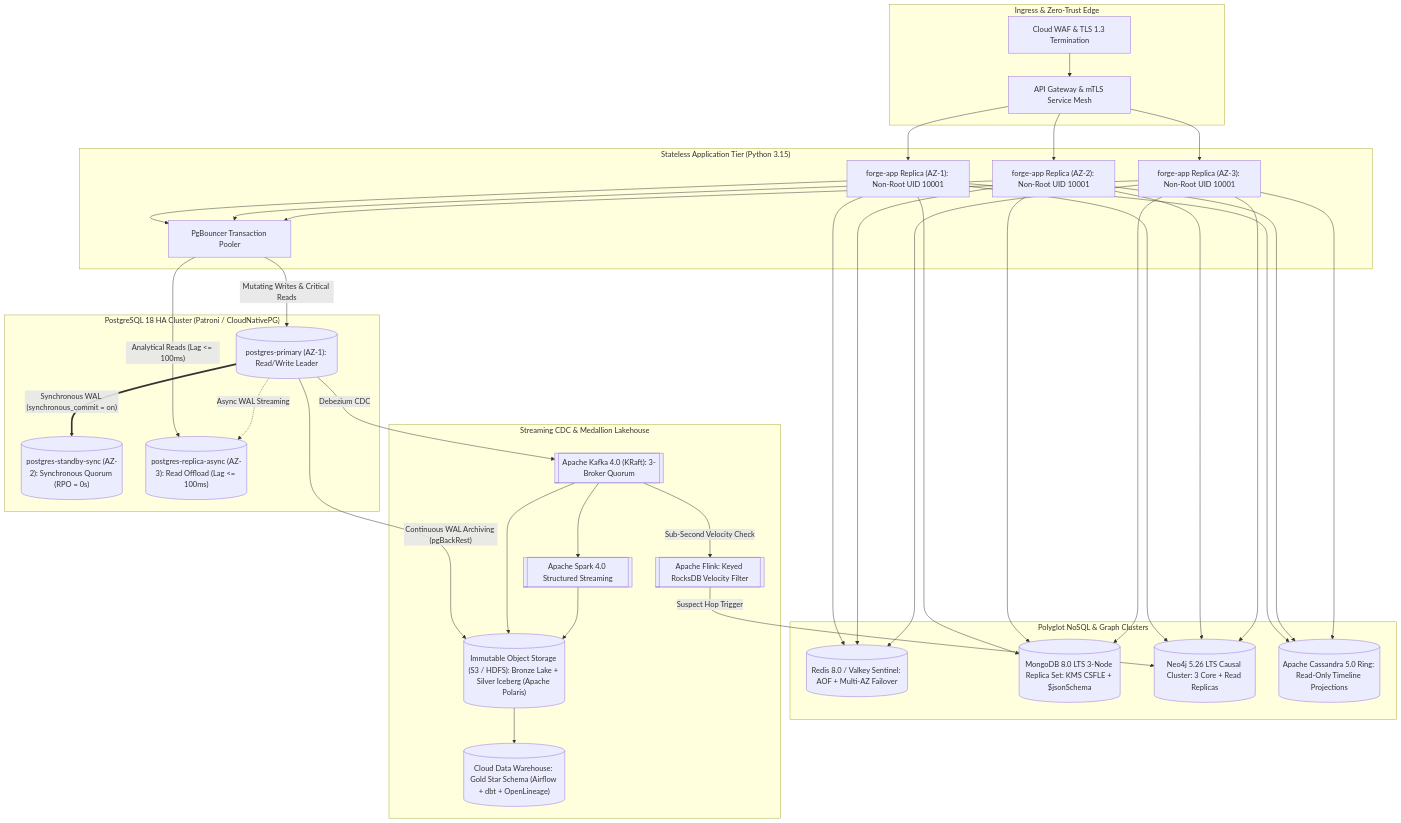
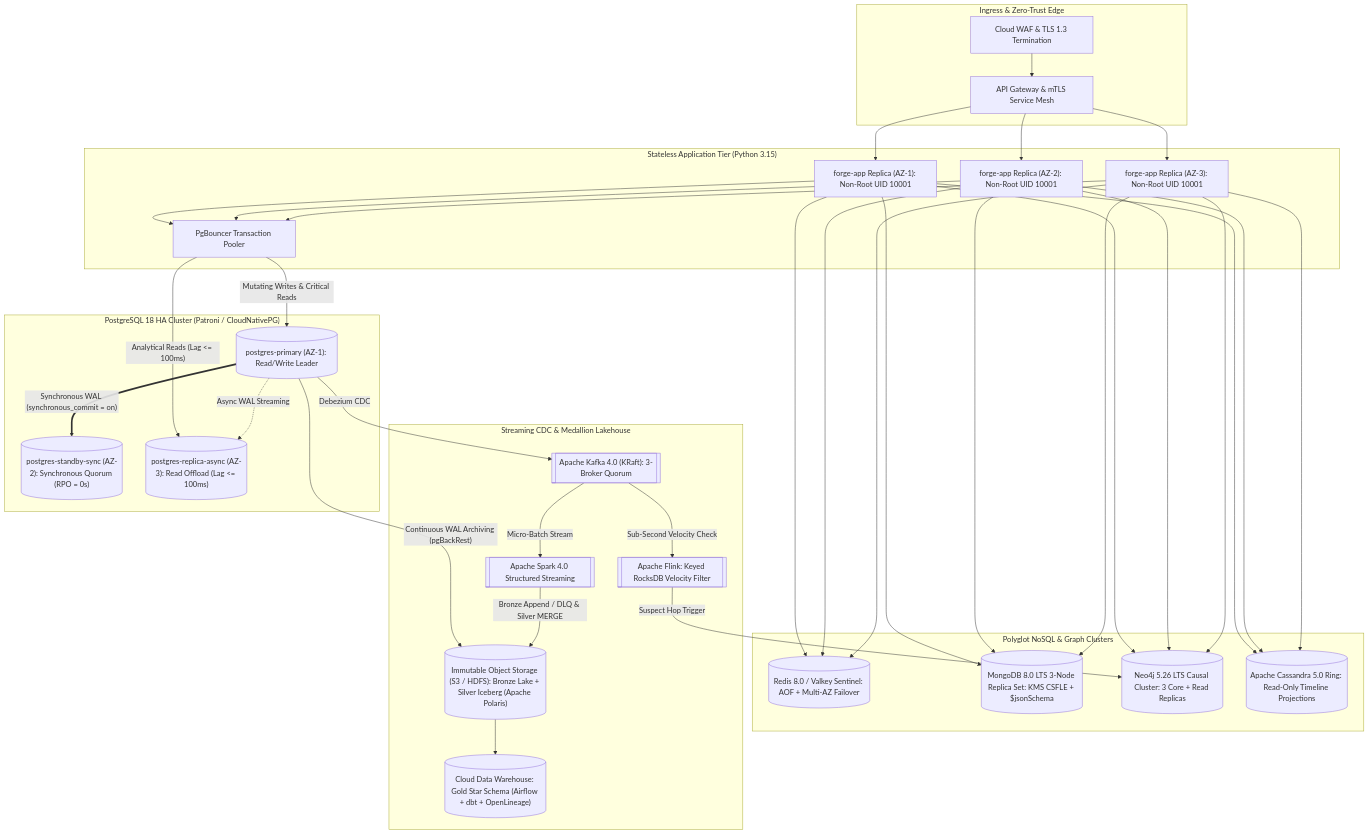
The diagram in docs/PRODUCTION_DEPLOYMENT.md (D0nG4667/gpmorgan-forge-de-portfolio), drawn with Mermaid before and after one commit. The commit also changed other lines of this file and 5 other files, not shown here.

````diff
--- a/docs/PRODUCTION_DEPLOYMENT.md
+++ b/docs/PRODUCTION_DEPLOYMENT.md
@@ -13,55 +13,54 @@
 ```mermaid
 flowchart TB
     subgraph Edge["Ingress & Zero-Trust Edge"]
         WAF["Cloud WAF & TLS 1.3 Termination"]
         APIGW["API Gateway & mTLS Service Mesh"]
     end
 
     subgraph AppTier["Stateless Application Tier (Python 3.15)"]
         APP1["forge-app Replica (AZ-1): Non-Root UID 10001"]
         APP2["forge-app Replica (AZ-2): Non-Root UID 10001"]
         APP3["forge-app Replica (AZ-3): Non-Root UID 10001"]
         PGB["PgBouncer Transaction Pooler"]
     end
 
     subgraph RelationalHA["PostgreSQL 18 HA Cluster (Patroni / CloudNativePG)"]
         PG_PRI[("postgres-primary (AZ-1): Read/Write Leader")]
         PG_SYNC[("postgres-standby-sync (AZ-2): Synchronous Quorum (RPO = 0s)")]
         PG_ASYNC[("postgres-replica-async (AZ-3): Read Offload (Lag <= 100ms)")]
     end
 
     subgraph PolyglotHA["Polyglot NoSQL & Graph Clusters"]
         REDIS_CL[("Redis 8.0 / Valkey Sentinel: AOF + Multi-AZ Failover")]
         MONGO_RS[("MongoDB 8.0 LTS 3-Node Replica Set: KMS CSFLE + $jsonSchema")]
         NEO_CL[("Neo4j 5.26 LTS Causal Cluster: 3 Core + Read Replicas")]
         CASS_CL[("Apache Cassandra 5.0 Ring: Read-Only Timeline Projections")]
     end
 
     subgraph Lakehouse["Streaming CDC & Medallion Lakehouse"]
         KAFKA_CL[["Apache Kafka 4.0 (KRaft): 3-Broker Quorum"]]
         FLINK_CL[["Apache Flink: Keyed RocksDB Velocity Filter"]]
         SPARK_CL[["Apache Spark 4.0 Structured Streaming"]]
         S3_LAKE[("Immutable Object Storage (S3 / HDFS): Bronze Lake + Silver Iceberg (Apache Polaris)")]
         DWH[("Cloud Data Warehouse: Gold Star Schema (Airflow + dbt + OpenLineage)")]
     end
 
     WAF --> APIGW
     APIGW --> APP1 & APP2 & APP3
     APP1 & APP2 & APP3 --> PGB
     PGB -->|"Mutating Writes & Critical Reads"| PG_PRI
     PGB -->|"Analytical Reads (Lag <= 100ms)"| PG_ASYNC
     PG_PRI ==>|"Synchronous WAL (synchronous_commit = on)"| PG_SYNC
     PG_PRI -.->|"Async WAL Streaming"| PG_ASYNC
     PG_PRI -->|"Continuous WAL Archiving (pgBackRest)"| S3_LAKE
     APP1 & APP2 & APP3 --> REDIS_CL
     APP1 & APP2 & APP3 --> MONGO_RS
     APP1 & APP2 & APP3 --> NEO_CL
     APP1 & APP2 & APP3 --> CASS_CL
     PG_PRI -->|"Debezium CDC"| KAFKA_CL
     KAFKA_CL -->|"Sub-Second Velocity Check"| FLINK_CL
     FLINK_CL -->|"Suspect Hop Trigger"| NEO_CL
-    KAFKA_CL --> SPARK_CL
-    KAFKA_CL --> S3_LAKE
-    SPARK_CL --> S3_LAKE
+    KAFKA_CL -->|"Micro-Batch Stream"| SPARK_CL
+    SPARK_CL -->|"Bronze Append / DLQ & Silver MERGE"| S3_LAKE
     S3_LAKE --> DWH
 ```
````
